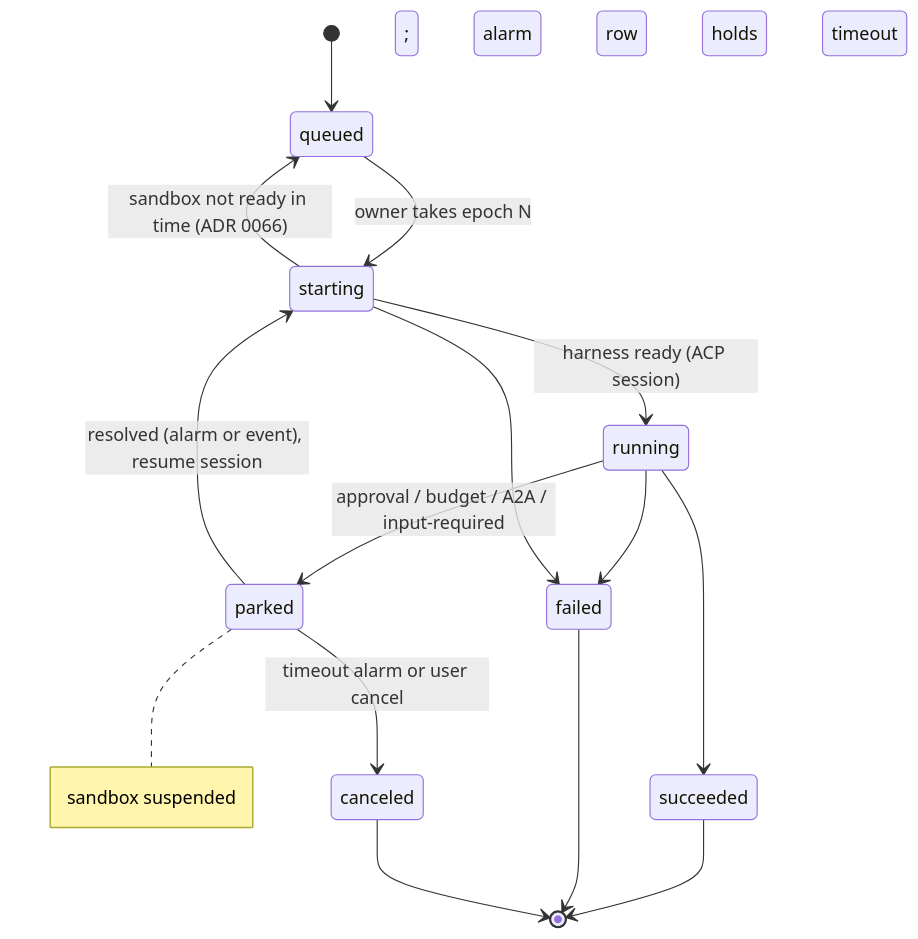
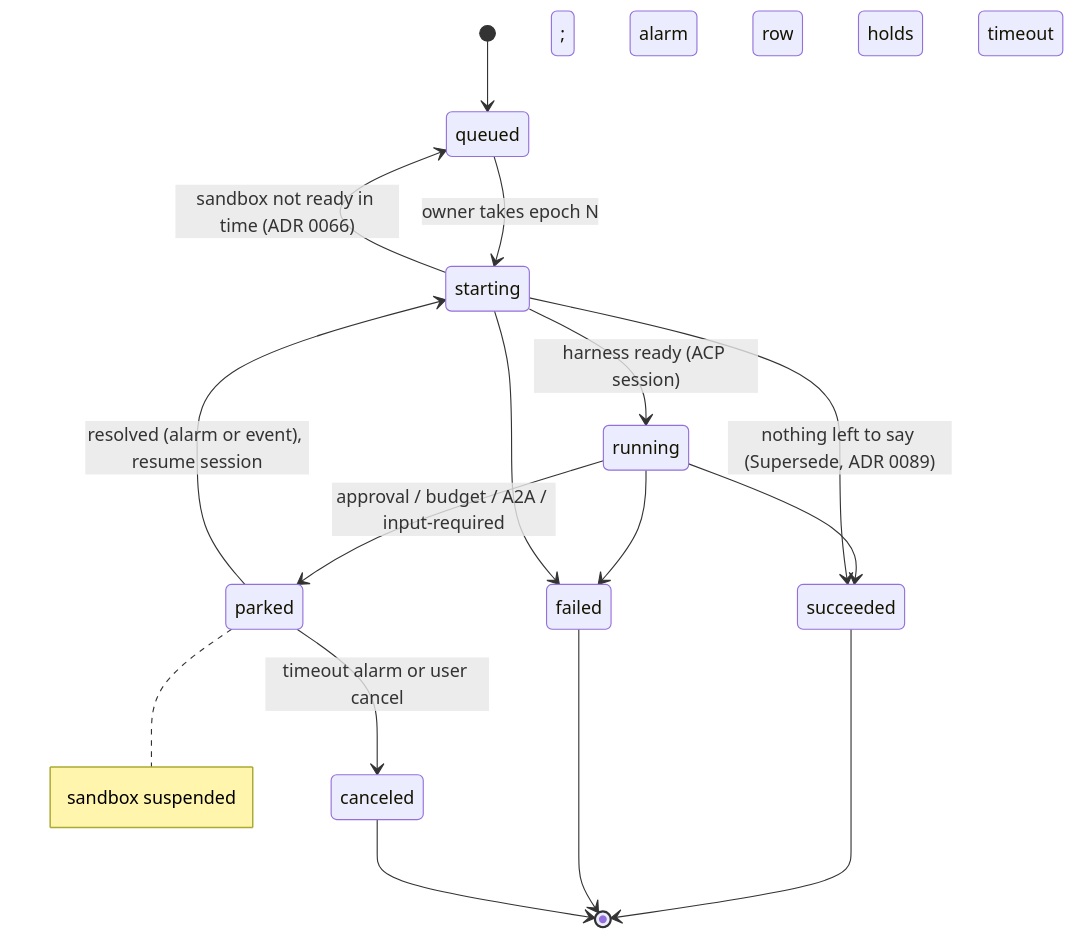
The diagram in docs/adr/0030-run-state-machine.md (stateracloud/koinon), drawn with Mermaid before and after one commit. The commit also changed 4 other files, not shown here.

````diff
--- a/docs/adr/0030-run-state-machine.md
+++ b/docs/adr/0030-run-state-machine.md
@@ -49,17 +49,18 @@
 ```mermaid
 stateDiagram-v2
     [*] --> queued
     queued --> starting: owner takes epoch N
     starting --> running: harness ready (ACP session)
     running --> parked: approval / budget / A2A / input-required
     parked --> starting: resolved (alarm or event), resume session
     running --> succeeded
     running --> failed
     parked --> canceled: timeout alarm or user cancel
     starting --> failed
+    starting --> succeeded: nothing left to say (Supersede, ADR 0089)
     starting --> queued: sandbox not ready in time (ADR 0066)
     succeeded --> [*]
     failed --> [*]
     canceled --> [*]
     note right of parked: sandbox suspended; alarm row holds timeout
 ```
````
